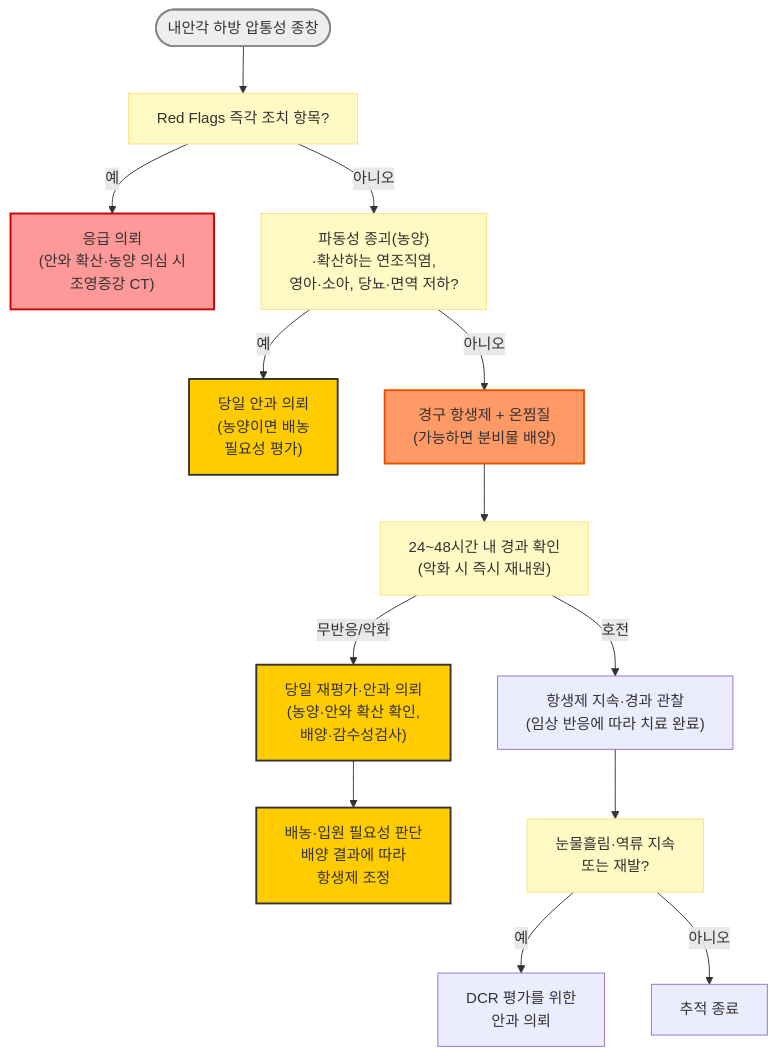
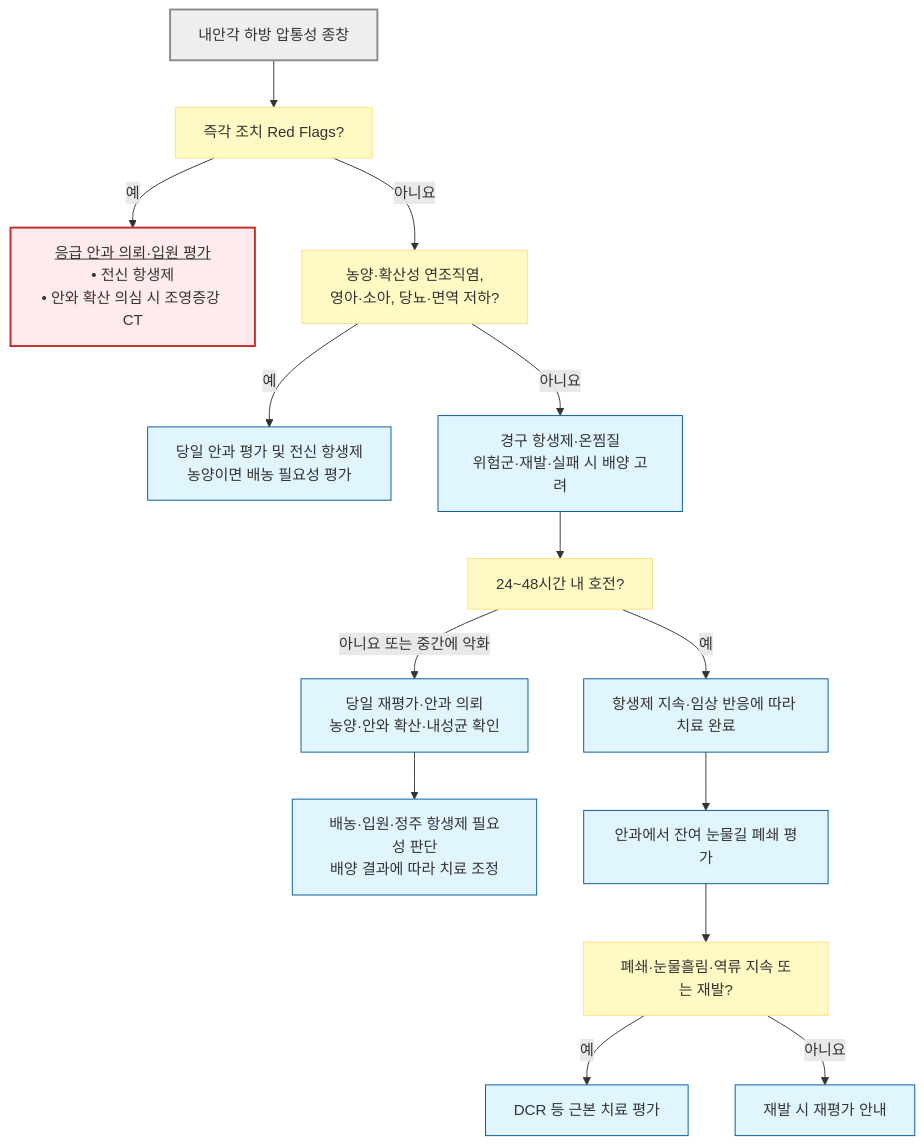
One commit to familyoh77/familyoh77 changed the diagram in 222_/043_-dacryocystitis.md. Above: the diagram before and after it, drawn with Mermaid. The commit also changed other lines of this file and 9 other files, not shown here.

````diff
--- a/222_/043_-dacryocystitis.md
+++ b/222_/043_-dacryocystitis.md
@@ -86,23 +86,24 @@
 ```mermaid
-graph TD
-    A([내안각 하방 압통성 종창]) --> B["Red Flags 즉각 조치 항목?"]
-    B -- 예 --> C["응급 의뢰<br/>(안와 확산·농양 의심 시 <br/>조영증강 CT)"]
-    B -- 아니오 --> D["파동성 종괴(농양)<br/>·확산하는 연조직염,<br/>영아·소아, 당뇨·면역 저하?"]
-    D -- 예 --> E["당일 안과 의뢰<br/>(농양이면 배농 <br/>필요성 평가)"]
-    D -- 아니오 --> F["경구 항생제 + 온찜질<br/>(가능하면 분비물 배양)"]
-    F --> G["24~48시간 내 경과 확인<br/>(악화 시 즉시 재내원)"]
-    G -- 호전 --> H["항생제 지속·경과 관찰<br/>(임상 반응에 따라 치료 완료)"]
-    G -- 무반응/악화 --> I["당일 재평가·안과 의뢰<br/>(농양·안와 확산 확인, <br/>배양·감수성검사)"]
-    I --> M["배농·입원 필요성 판단<br/>배양 결과에 따라 <br/>항생제 조정"]
-    H --> J["눈물흘림·역류 지속<br/>또는 재발?"]
-    J -- 예 --> K["DCR 평가를 위한<br/>안과 의뢰"]
-    J -- 아니오 --> L["추적 종료"]
-    style A fill:#eeeeee,stroke:#888888,stroke-width:2px
-    classDef yellow fill:#fff9c4,stroke:#ffe082
-    class B,D,G,J yellow
-    style C fill:#ff9999,stroke:#c00,stroke-width:2px
-    style E fill:#ffcc00,stroke:#333,stroke-width:2px
-    style F fill:#f96,stroke:#e65100,stroke-width:2px
-    style I fill:#ffcc00,stroke:#333,stroke-width:2px
-    style M fill:#ffcc00,stroke:#333,stroke-width:2px
+flowchart TD
+    A["내안각 하방 압통성 종창"] --> B["즉각 조치 Red Flags?"]
+    B -- "예" --> C["<u>응급 안과 의뢰·입원 평가</u><br/>• 전신 항생제<br/>• 안와 확산 의심 시 조영증강 CT"]
+    B -- "아니요" --> D["농양·확산성 연조직염,<br/>영아·소아, 당뇨·면역 저하?"]
+    D -- "예" --> E["당일 안과 평가 및 전신 항생제<br/>농양이면 배농 필요성 평가"]
+    D -- "아니요" --> F["경구 항생제·온찜질<br/>위험군·재발·실패 시 배양 고려"]
+    F --> G["24~48시간 내 호전?"]
+    G -- "예" --> H["항생제 지속·임상 반응에 따라 치료 완료"]
+    G -- "아니요 또는 중간에 악화" --> I["당일 재평가·안과 의뢰<br/>농양·안와 확산·내성균 확인"]
+    I --> M["배농·입원·정주 항생제 필요성 판단<br/>배양 결과에 따라 치료 조정"]
+    H --> Assess["안과에서 잔여 눈물길 폐쇄 평가"]
+    Assess --> J["폐쇄·눈물흘림·역류 지속 또는 재발?"]
+    J -- "예" --> K["DCR 등 근본 치료 평가"]
+    J -- "아니요" --> L["재발 시 재평가 안내"]
+    classDef start fill:#eee,stroke:#888,stroke-width:2px
+    classDef decision fill:#fff9c4,stroke:#ffe082
+    classDef emergency fill:#ffebee,stroke:#c62828,stroke-width:2px
+    classDef process fill:#e1f5fe,stroke:#01579b
+    class A start
+    class B,D,G,J decision
+    class C emergency
+    class E,F,H,I,M,Assess,K,L process
 ```
````
